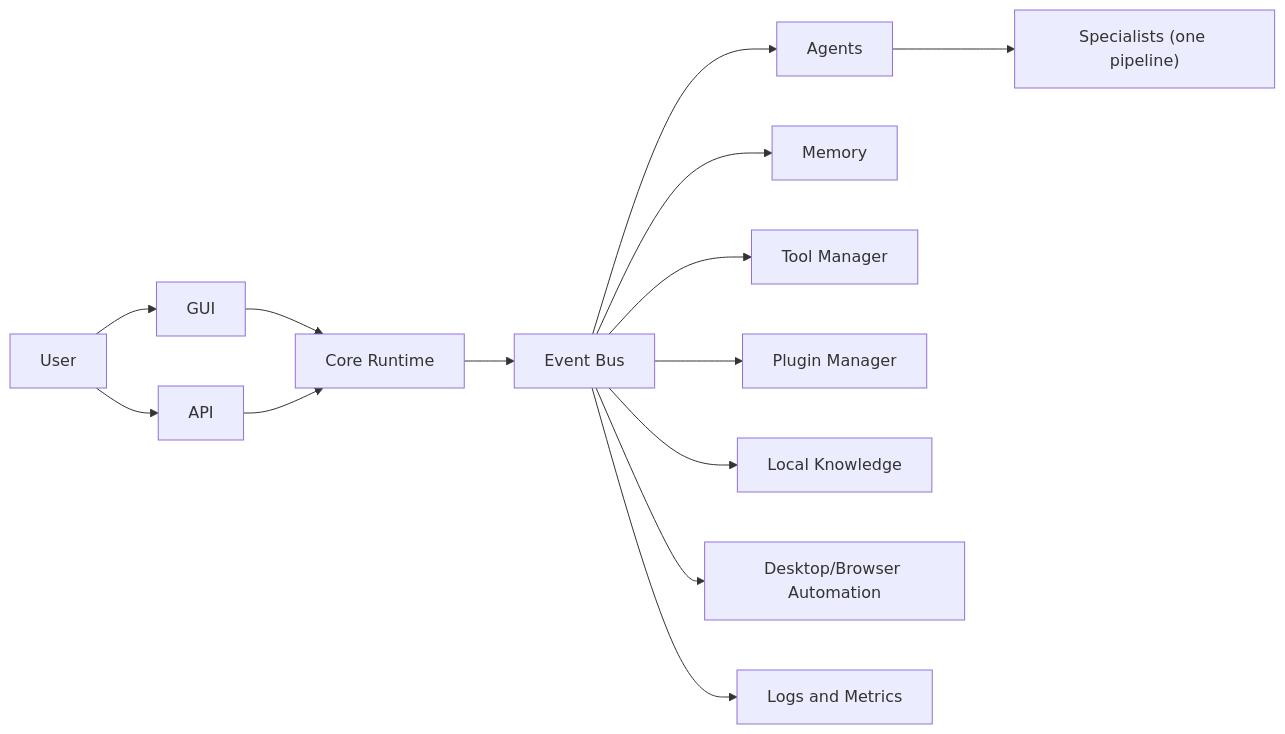
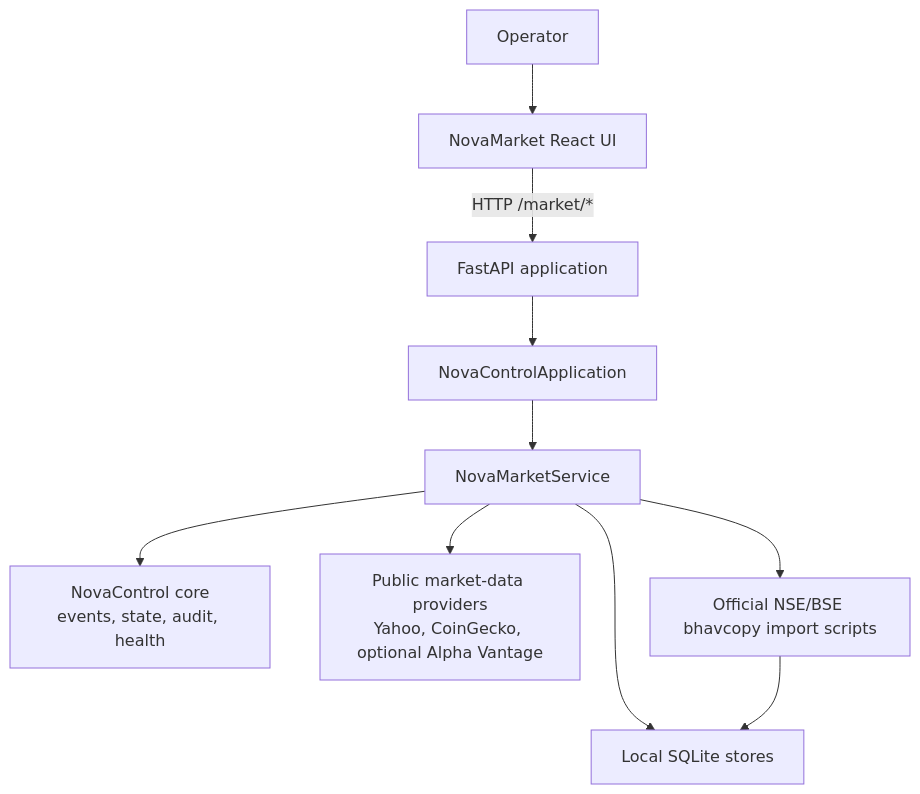
The first of 6 diagrams in docs/ARCHITECTURE.md (GangNinja/Novacontrol), drawn with Mermaid before and after one commit. The commit also changed other lines of this file and 345 other files, not shown here.

````diff
--- a/docs/ARCHITECTURE.md
+++ b/docs/ARCHITECTURE.md
@@ -35,16 +30,12 @@
 ```mermaid
-flowchart LR
-    User["User"] --> GUI["GUI"]
-    User --> API["API"]
-    GUI --> Core["Core Runtime"]
-    API --> Core
-    Core --> Bus["Event Bus"]
-    Bus --> Agents["Agents"]
-    Agents --> Specialists["Specialists (one pipeline)"]
-    Bus --> Memory["Memory"]
-    Bus --> Tools["Tool Manager"]
-    Bus --> Plugins["Plugin Manager"]
-    Bus --> Knowledge["Local Knowledge"]
-    Bus --> Automation["Desktop/Browser Automation"]
-    Bus --> Observability["Logs and Metrics"]
+flowchart TB
+    Operator["Operator"] --> UI["NovaMarket React UI"]
+    UI -->|"HTTP /market/*"| API["FastAPI application"]
+    API --> APP["NovaControlApplication"]
+    APP --> NM["NovaMarketService"]
+    NM --> CORE["NovaControl core<br/>events, state, audit, health"]
+    NM --> DATA["Local SQLite stores"]
+    NM --> PROVIDERS["Public market-data providers<br/>Yahoo, CoinGecko, optional Alpha Vantage"]
+    NM --> FILES["Official NSE/BSE bhavcopy import scripts"]
+    FILES --> DATA
 ```
````
